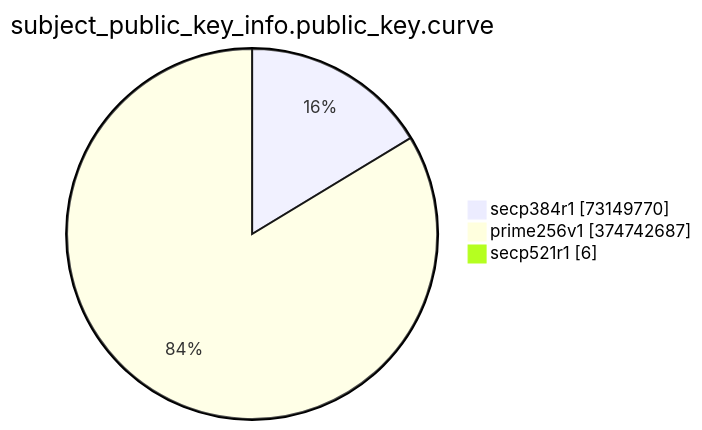
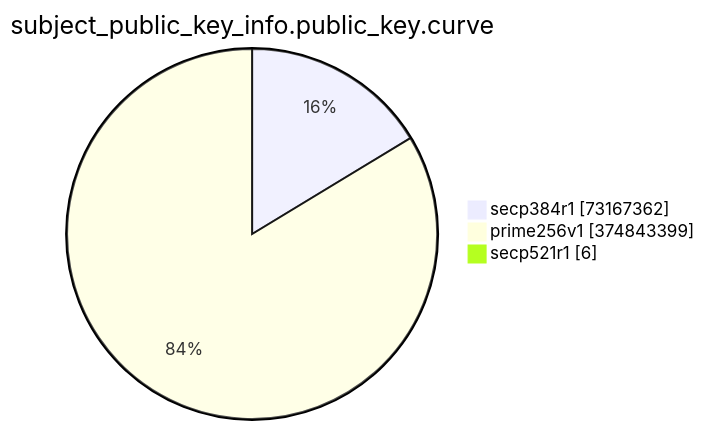
Before and after one commit to christiankrug/ctmonitor_visualization: the eighth of 15 diagrams in TOTAL/README.md, drawn with Mermaid. The commit also changed other lines of this file, not shown here.

````diff
--- a/TOTAL/README.md
+++ b/TOTAL/README.md
@@ -3092,7 +3092,7 @@
 ```mermaid
 pie showData
 title subject_public_key_info.public_key.curve
-"secp384r1" :73149770
-"prime256v1" :374742687
+"secp384r1" :73167362
+"prime256v1" :374843399
 "secp521r1" :6
 ```
````
